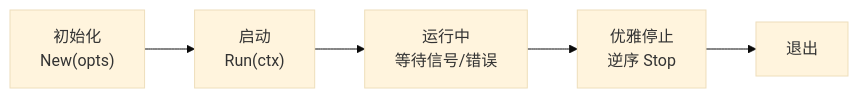
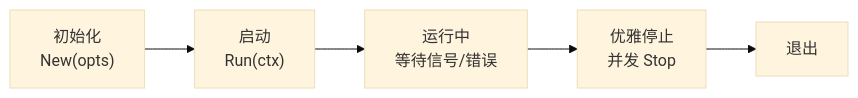
One commit to tx7do/gowind-website changed the first of 2 diagrams in docs/framework/core-lifecycle.md. Above: the diagram before and after it, drawn with Mermaid (base theme). The commit also changed other lines of this file and 172 other files, not shown here.

````diff
--- a/docs/framework/core-lifecycle.md
+++ b/docs/framework/core-lifecycle.md
@@ -7,7 +7,7 @@
 ```mermaid
 graph LR
     Init["初始化<br/>New(opts)"] --> Start["启动<br/>Run(ctx)"]
     Start --> Running["运行中<br/>等待信号/错误"]
-    Running --> Shutdown["优雅停止<br/>逆序 Stop"]
+    Running --> Shutdown["优雅停止<br/>并发 Stop"]
     Shutdown --> Exit["退出"]
 ```
````
